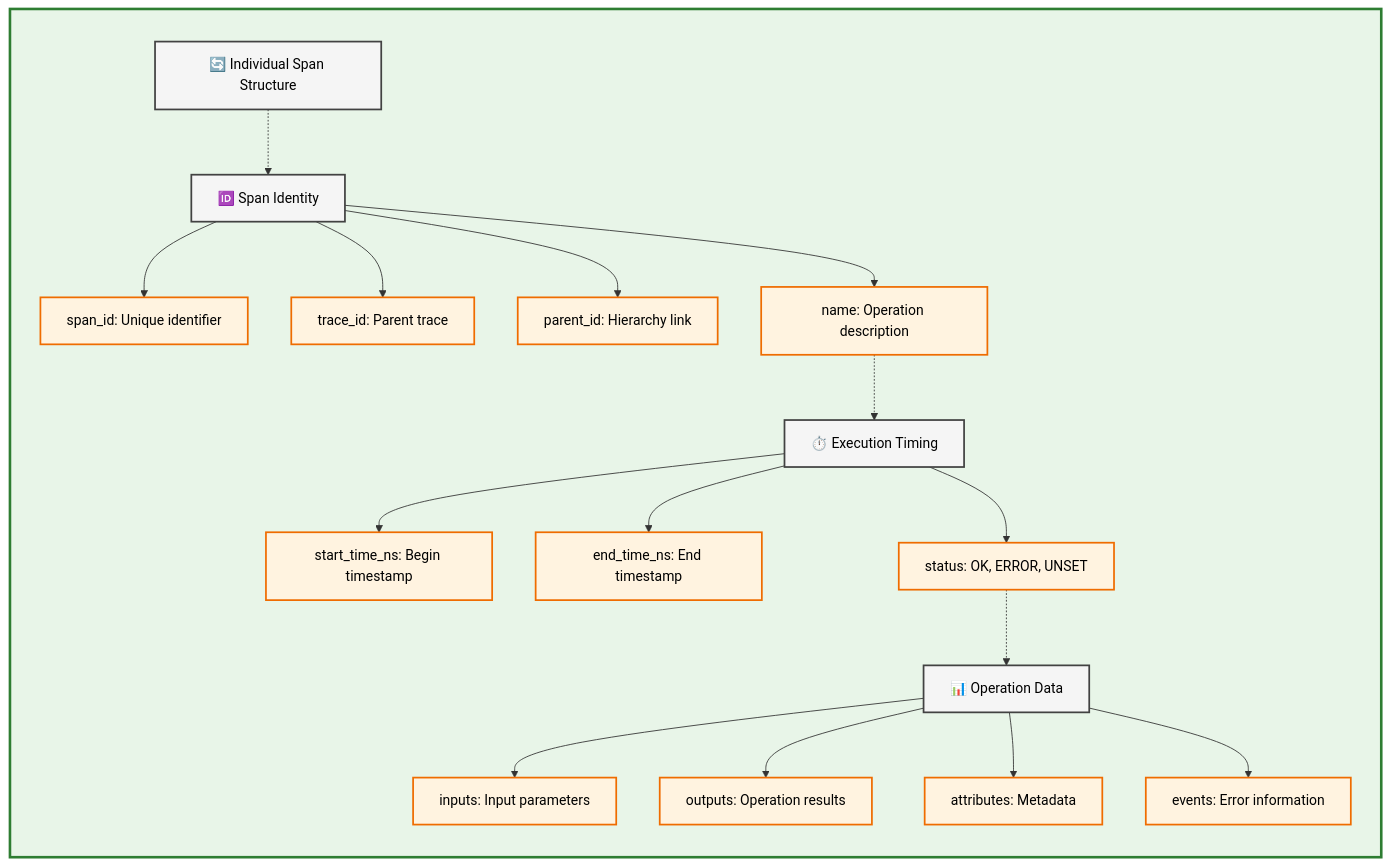
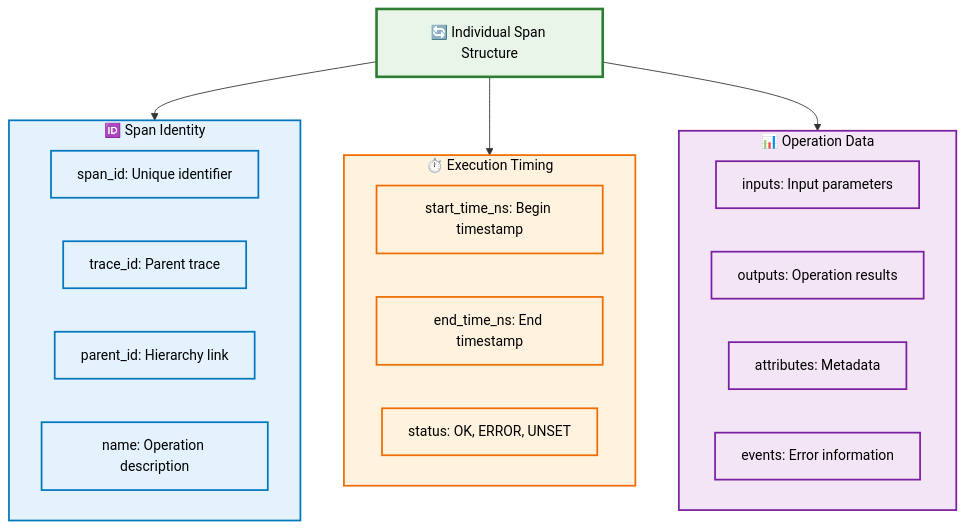
The fourth of 8 diagrams in docs/docs/genai/data-model/traces.mdx (mlflow/mlflow), drawn with Mermaid before and after one commit. The commit also changed other lines of this file and 50 other files, not shown here.

````diff
--- a/docs/docs/genai/data-model/traces.mdx
+++ b/docs/docs/genai/data-model/traces.mdx
@@ -148,51 +137,38 @@
 ```mermaid
 graph TB
-    subgraph SPAN[" "]
-        direction TB
-        TITLE[🔄 Individual Span Structure]
-        
-        IDENTITY_HEADER[🆔 Span Identity]
+    TITLE[🔄 Individual Span Structure]
+
+    subgraph IDENTITY[🆔 Span Identity]
         SI1[span_id: Unique identifier]
         SI2[trace_id: Parent trace]
         SI3[parent_id: Hierarchy link]
         SI4[name: Operation description]
-        
-        TIMING_HEADER[⏱️ Execution Timing]
+    end
+
+    subgraph TIMING[⏱️ Execution Timing]
         ST1[start_time_ns: Begin timestamp]
         ST2[end_time_ns: End timestamp]
         ST3[status: OK, ERROR, UNSET]
-        
-        CONTENT_HEADER[📊 Operation Data]
+    end
+
+    subgraph CONTENT[📊 Operation Data]
         SC1[inputs: Input parameters]
         SC2[outputs: Operation results]
         SC3[attributes: Metadata]
         SC4[events: Error information]
-        
-        TITLE -.-> IDENTITY_HEADER
-        IDENTITY_HEADER --> SI1
-        IDENTITY_HEADER --> SI2
-        IDENTITY_HEADER --> SI3
-        IDENTITY_HEADER --> SI4
-        
-        SI4 -.-> TIMING_HEADER
-        TIMING_HEADER --> ST1
-        TIMING_HEADER --> ST2
-        TIMING_HEADER --> ST3
-        
-        ST3 -.-> CONTENT_HEADER
-        CONTENT_HEADER --> SC1
-        CONTENT_HEADER --> SC2
-        CONTENT_HEADER --> SC3
-        CONTENT_HEADER --> SC4
     end
-    
-    classDef spanStyle fill:#e8f5e8,stroke:#2e7d32,stroke-width:3px,color:#000
-    classDef headerStyle fill:#f5f5f5,stroke:#424242,stroke-width:2px,color:#000
-    classDef componentStyle fill:#fff3e0,stroke:#ef6c00,stroke-width:2px,color:#000
-    classDef titleStyle fill:#f5f5f5,stroke:#424242,stroke-width:2px,color:#000
-    
-    class SPAN spanStyle
-    class IDENTITY_HEADER,TIMING_HEADER,CONTENT_HEADER headerStyle
-    class SI1,SI2,SI3,SI4,ST1,ST2,ST3,SC1,SC2,SC3,SC4 componentStyle
+
+    TITLE --> IDENTITY
+    TITLE --> TIMING
+    TITLE --> CONTENT
+
+    classDef titleStyle fill:#e8f5e8,stroke:#2e7d32,stroke-width:3px,color:#000
+    classDef identityStyle fill:#e3f2fd,stroke:#0277bd,stroke-width:2px,color:#000
+    classDef timingStyle fill:#fff3e0,stroke:#ef6c00,stroke-width:2px,color:#000
+    classDef contentStyle fill:#f3e5f5,stroke:#7b1fa2,stroke-width:2px,color:#000
+
     class TITLE titleStyle
+    class IDENTITY,SI1,SI2,SI3,SI4 identityStyle
+    class TIMING,ST1,ST2,ST3 timingStyle
+    class CONTENT,SC1,SC2,SC3,SC4 contentStyle
 ```
````
